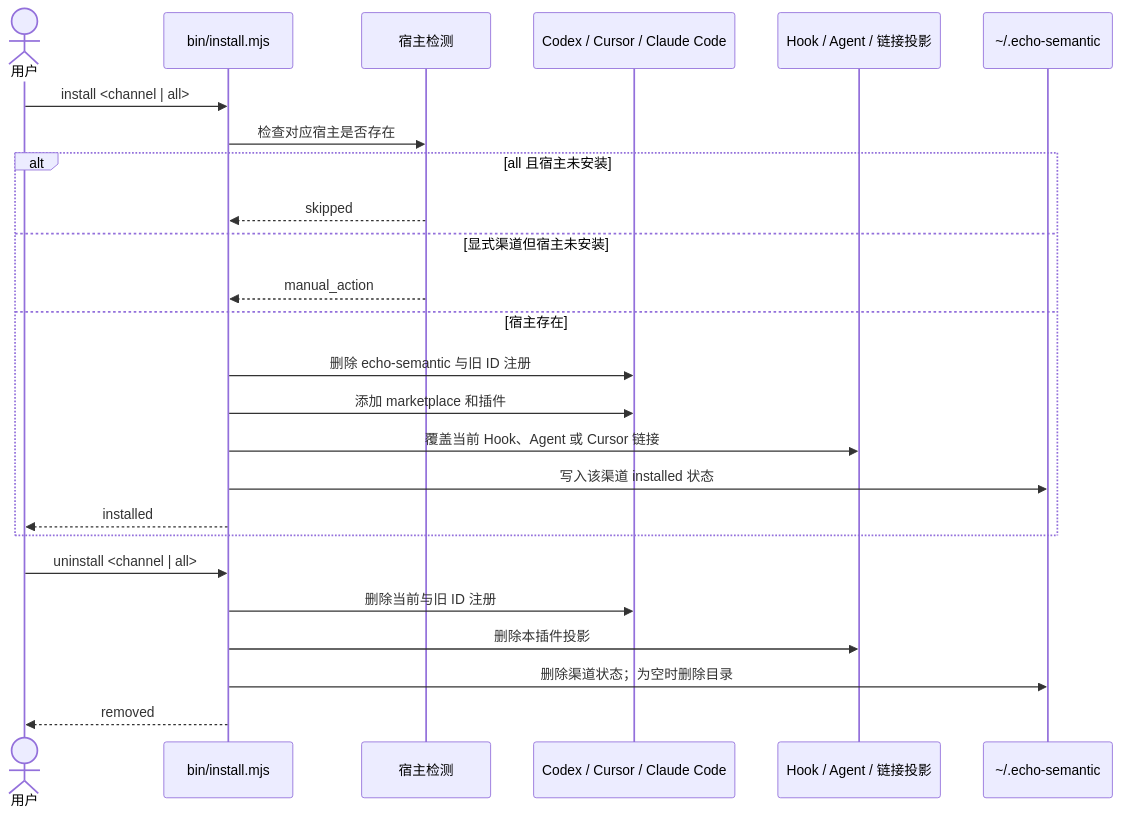
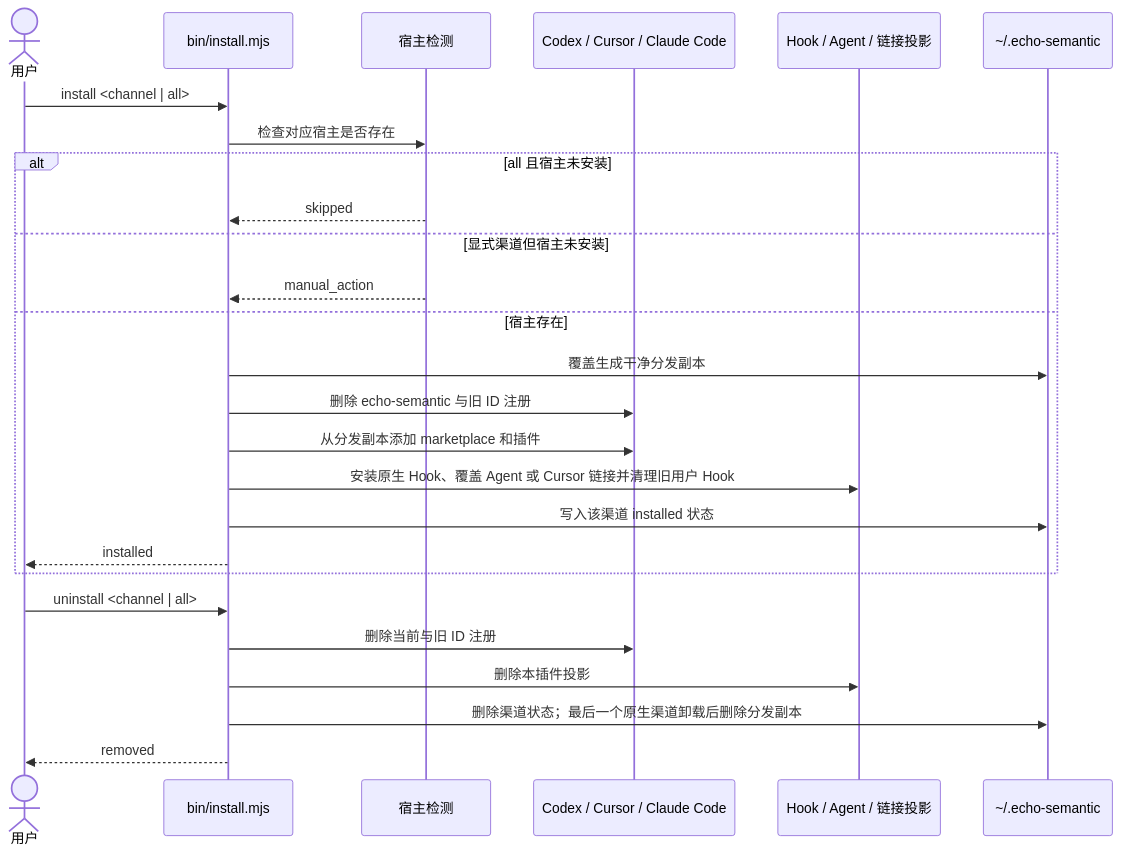
One commit to EchoYue-lp/echo-semantic changed the ninth of 9 diagrams in docs/supreme/specs/plugin-architecture/design.md. Above: the diagram before and after it, drawn with Mermaid. The commit also changed other lines of this file and 55 other files, not shown here.

````diff
--- a/docs/supreme/specs/plugin-architecture/design.md
+++ b/docs/supreme/specs/plugin-architecture/design.md
@@ -389,29 +396,30 @@
 ```mermaid
 sequenceDiagram
   actor User as 用户
   participant Installer as bin/install.mjs
   participant Detect as 宿主检测
   participant Host as Codex / Cursor / Claude Code
   participant Projection as Hook / Agent / 链接投影
   participant State as ~/.echo-semantic
 
   User->>Installer: install <channel | all>
   Installer->>Detect: 检查对应宿主是否存在
   alt all 且宿主未安装
     Detect-->>Installer: skipped
   else 显式渠道但宿主未安装
     Detect-->>Installer: manual_action
   else 宿主存在
+    Installer->>State: 覆盖生成干净分发副本
     Installer->>Host: 删除 echo-semantic 与旧 ID 注册
-    Installer->>Host: 添加 marketplace 和插件
-    Installer->>Projection: 覆盖当前 Hook、Agent 或 Cursor 链接
+    Installer->>Host: 从分发副本添加 marketplace 和插件
+    Installer->>Projection: 安装原生 Hook、覆盖 Agent 或 Cursor 链接并清理旧用户 Hook
     Installer->>State: 写入该渠道 installed 状态
     Installer-->>User: installed
   end
 
   User->>Installer: uninstall <channel | all>
   Installer->>Host: 删除当前与旧 ID 注册
   Installer->>Projection: 删除本插件投影
-  Installer->>State: 删除渠道状态；为空时删除目录
+  Installer->>State: 删除渠道状态；最后一个原生渠道卸载后删除分发副本
   Installer-->>User: removed
 ```
````
